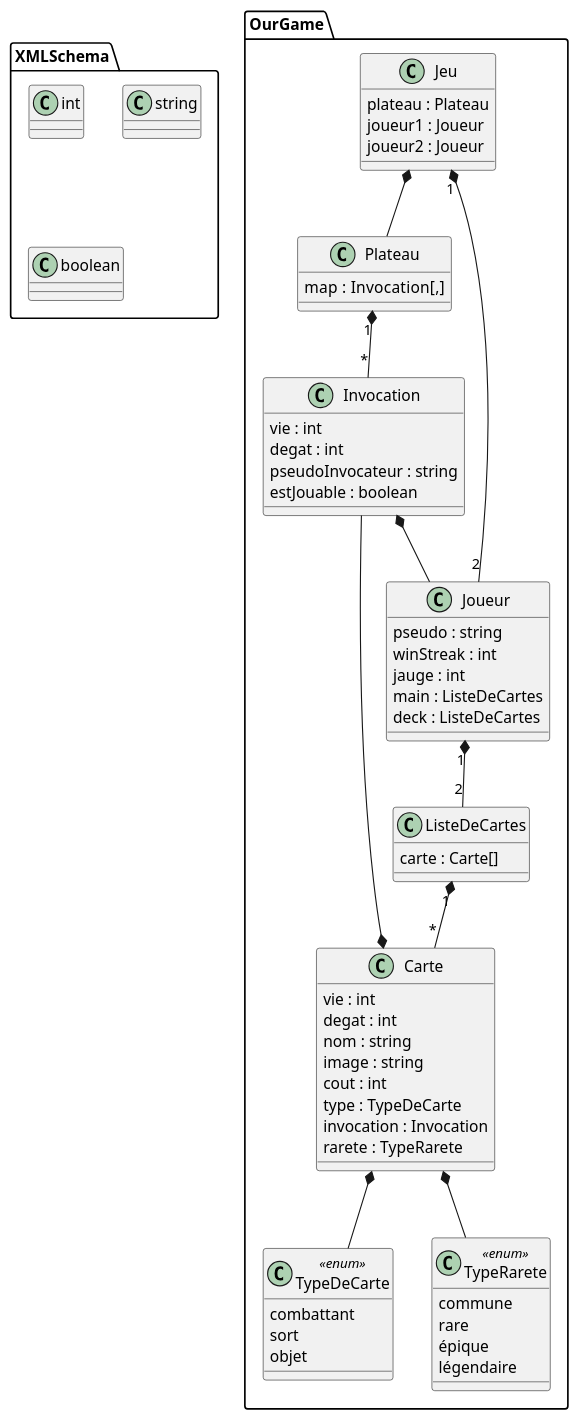
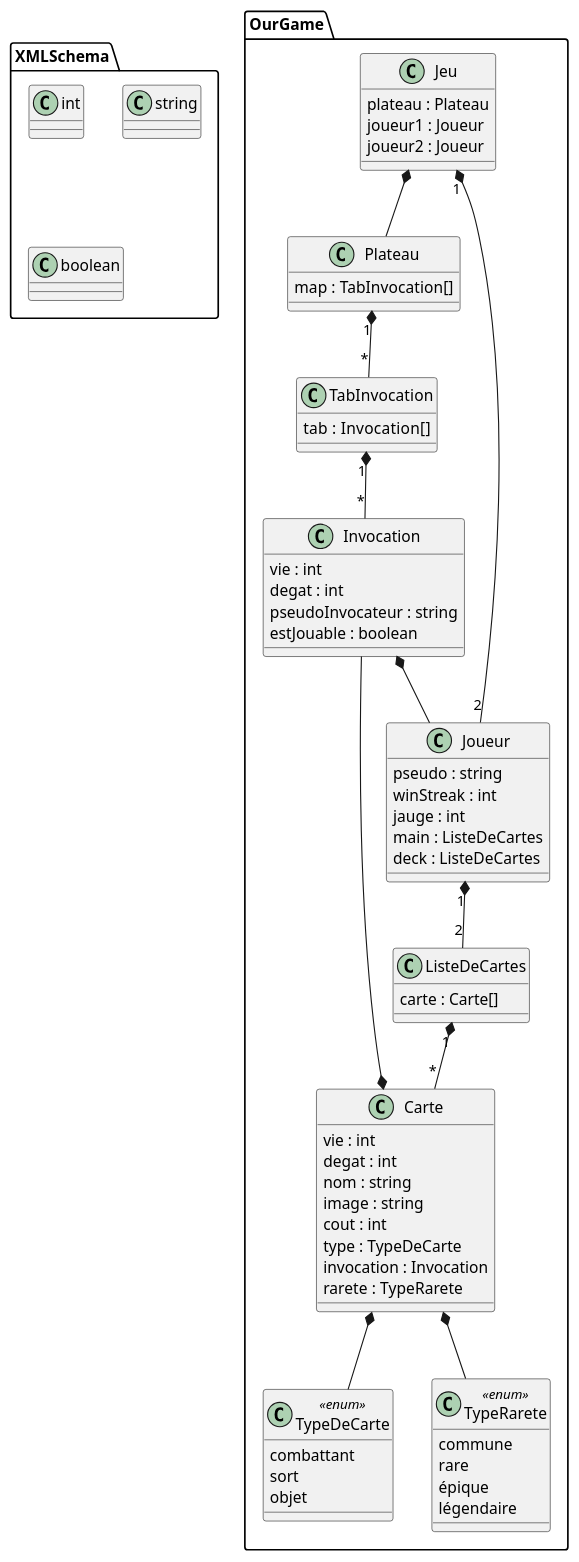
The diagram in UML/DiagrammeXML.puml (TennesseeAlves/CatRoyale), drawn with PlantUML before and after one commit. The commit also changed 5 other files, not shown here.

Commit message:
uml xsd et xml du jeu

```diff
--- a/UML/DiagrammeXML.puml
+++ b/UML/DiagrammeXML.puml
@@ -2,76 +2,83 @@
 @startuml
 'https://plantuml.com/class-diagram
 
 package XMLSchema {
     class int{}
     class string{}
     class boolean{}
 }
 
 package OurGame{
     
     class Jeu{
         plateau : Plateau
         joueur1 : Joueur
         joueur2 : Joueur
     }
     
     class Plateau { 
-        map :  Invocation[,]
+        map : TabInvocation[]
     }
+    
+    class TabInvocation {
+        tab :  Invocation[]
+    }
+    
     
     class Joueur {
         pseudo : string
         winStreak : int
         jauge : int
         main : ListeDeCartes
         deck : ListeDeCartes
     }
     
     class ListeDeCartes {
         carte : Carte[]
     }
     
     class Carte {
         vie : int
         degat : int
         nom : string
         image : string 
         cout : int
         type : TypeDeCarte
         invocation : Invocation
         rarete : TypeRarete
         
     }
     
     class TypeDeCarte <<enum>> {
         combattant
         sort
         objet
     }
     
     class TypeRarete <<enum>> {
         commune
         rare
         épique
         légendaire
     }
     
     class Invocation {
         vie : int
         degat : int
         pseudoInvocateur : string
         estJouable : boolean
     }
     
+    
     Jeu *-- Plateau
     Jeu "1"*--"2" Joueur
-    Plateau "1"*--"*" Invocation
+    TabInvocation "1"*--"*" Invocation
     Joueur "1"*--"2" ListeDeCartes
     ListeDeCartes "1"*--"*" Carte
     Carte *-- TypeDeCarte
     Carte *-- Invocation
     Carte *-- TypeRarete
     Invocation *-- Joueur
+    Plateau "1"*--"*" TabInvocation 
 }
 @enduml
```
